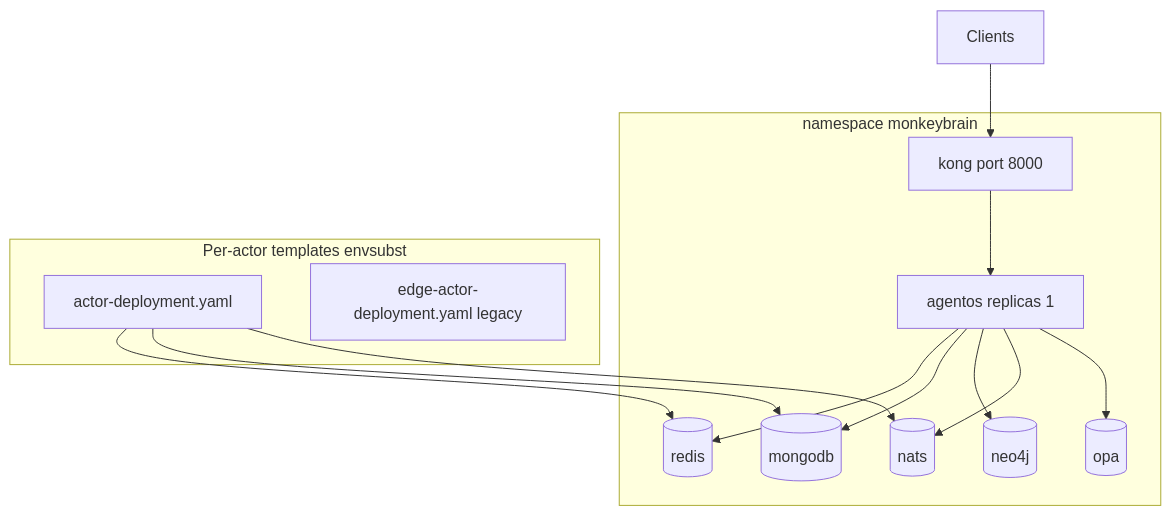
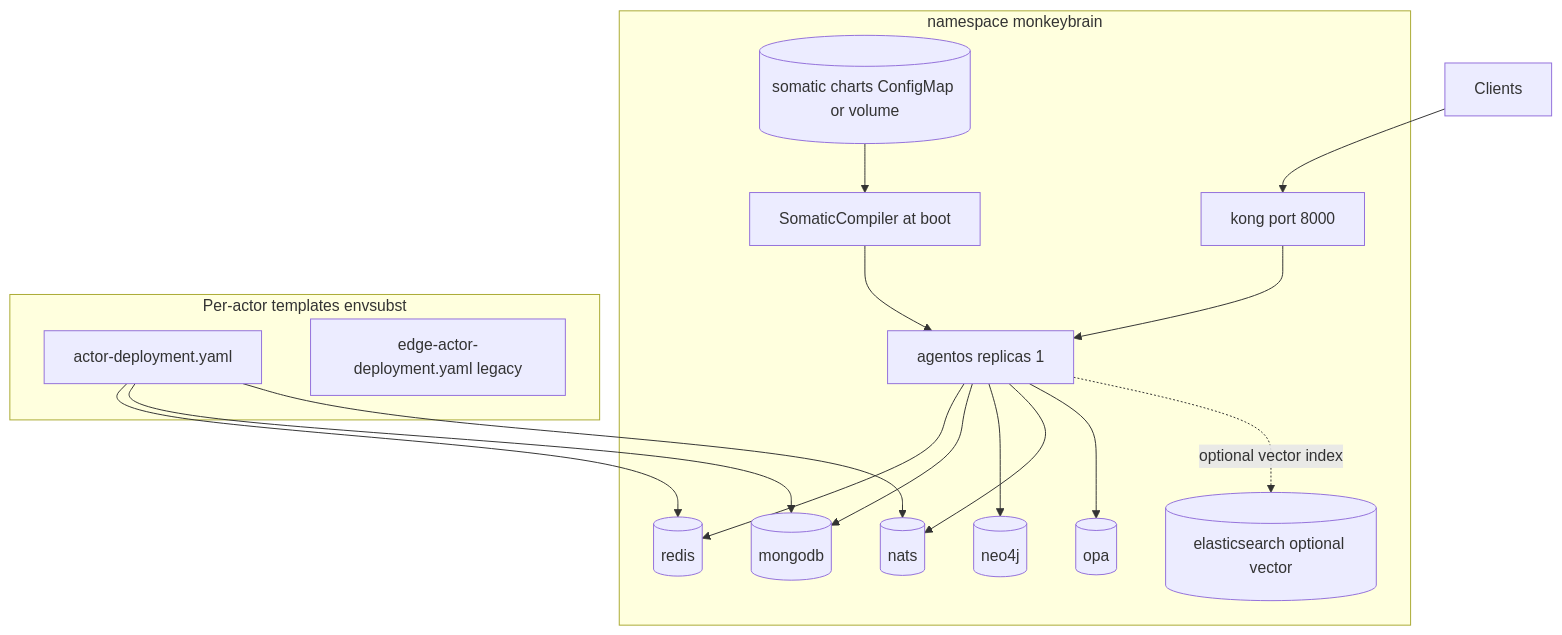
The fifth of 25 diagrams in docs/DIAGRAMS.md (monkeypatched-stack/cogitive-os), drawn with Mermaid before and after one commit. The commit also changed other lines of this file, not shown here.

Commit message:
adding diagrams

````diff
--- a/docs/DIAGRAMS.md
+++ b/docs/DIAGRAMS.md
@@ -218,28 +272,34 @@
 ```mermaid
 flowchart TB
     subgraph nsGrp["namespace monkeybrain"]
         KONG["kong port 8000"]
         AGENTOS["agentos replicas 1"]
+        SF["SomaticCompiler at boot"]
+        CHARTS[("somatic charts ConfigMap or volume")]
         REDIS[("redis")]
         MONGO[("mongodb")]
         NEO[("neo4j")]
         NATS[("nats")]
         OPA[("opa")]
+        ES[("elasticsearch optional vector")]
     end
 
     subgraph templatesGrp["Per-actor templates envsubst"]
         POD["actor-deployment.yaml"]
         EDGE["edge-actor-deployment.yaml legacy"]
     end
 
     EXT["Clients"] --> KONG
     KONG --> AGENTOS
+    CHARTS --> SF
+    SF --> AGENTOS
     AGENTOS --> REDIS
     AGENTOS --> MONGO
     AGENTOS --> NEO
     AGENTOS --> NATS
     AGENTOS --> OPA
+    AGENTOS -.->|optional vector index| ES
     POD --> REDIS
     POD --> MONGO
     POD --> NATS
 ```
````
